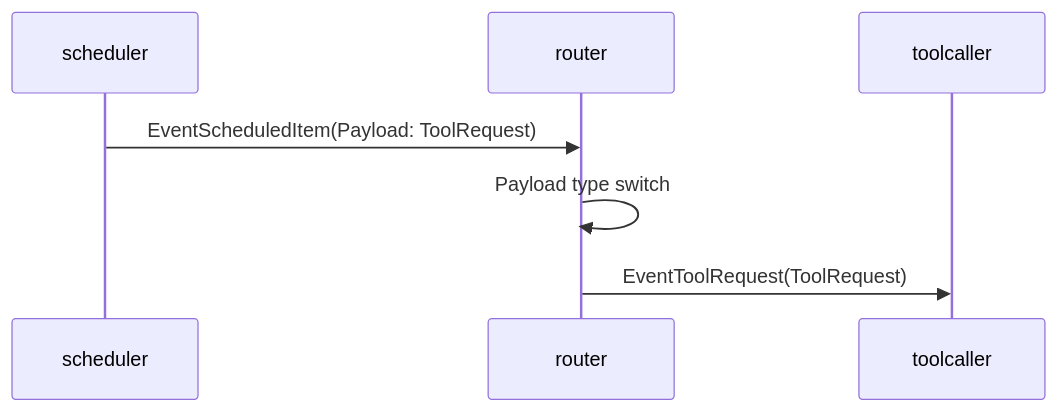
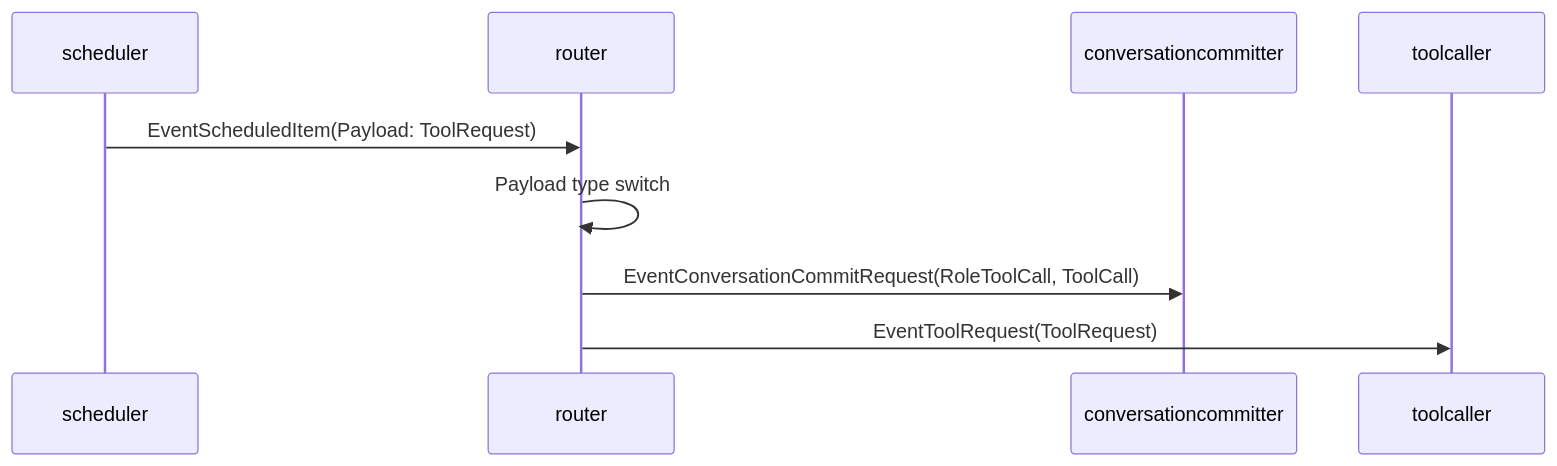
The second of 3 diagrams in docs/components/router.md (tetetratra/smart-speaker), drawn with Mermaid before and after one commit. The commit also changed other lines of this file and 28 other files, not shown here.

````diff
--- a/docs/components/router.md
+++ b/docs/components/router.md
@@ -85,10 +90,12 @@
 ```mermaid
 sequenceDiagram
     participant Scheduler as scheduler
     participant Router as router
+    participant Committer as conversationcommitter
     participant ToolCaller as toolcaller
 
     Scheduler->>Router: EventScheduledItem(Payload: ToolRequest)
     Router->>Router: Payload type switch
+    Router->>Committer: EventConversationCommitRequest(RoleToolCall, ToolCall)
     Router->>ToolCaller: EventToolRequest(ToolRequest)
 ```
````
